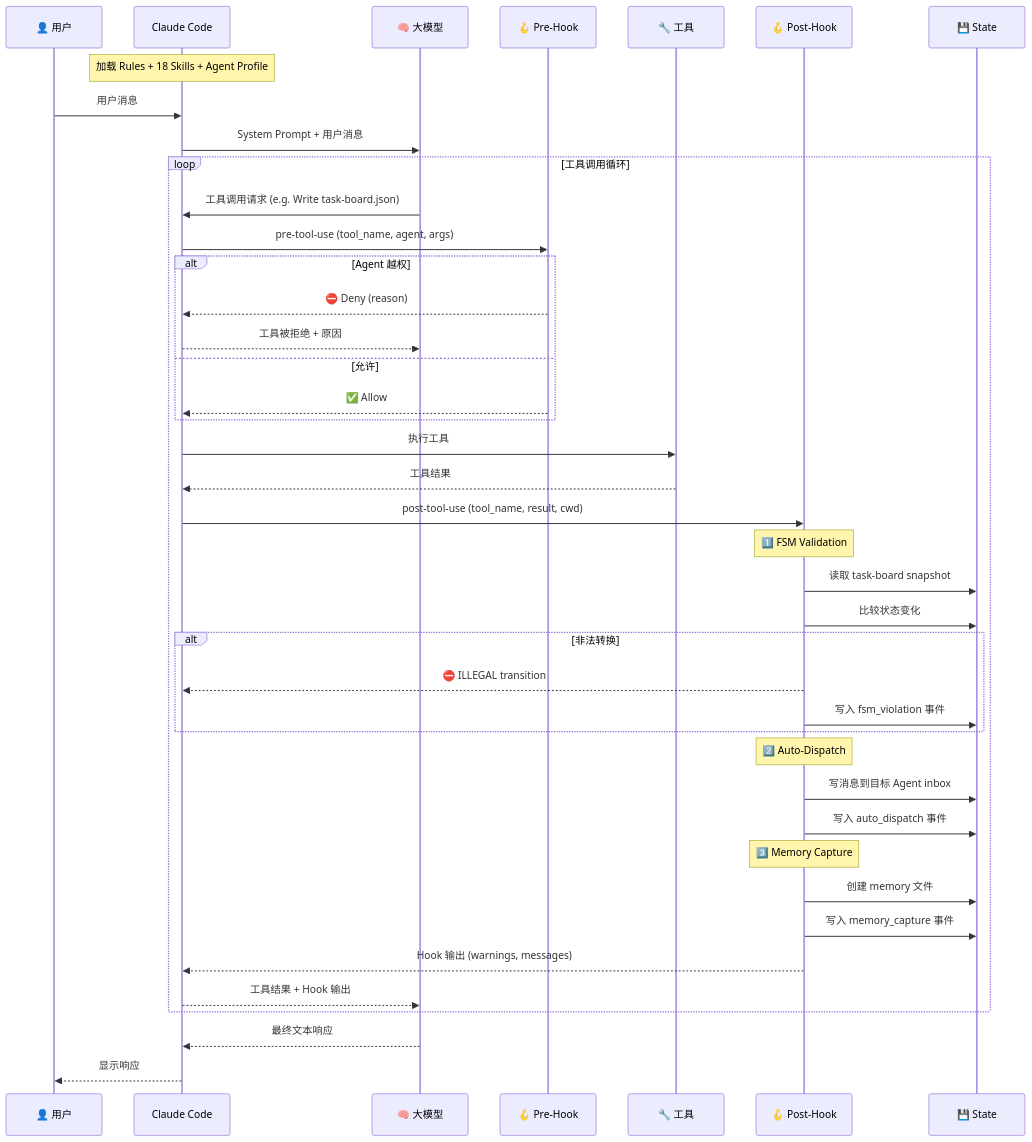
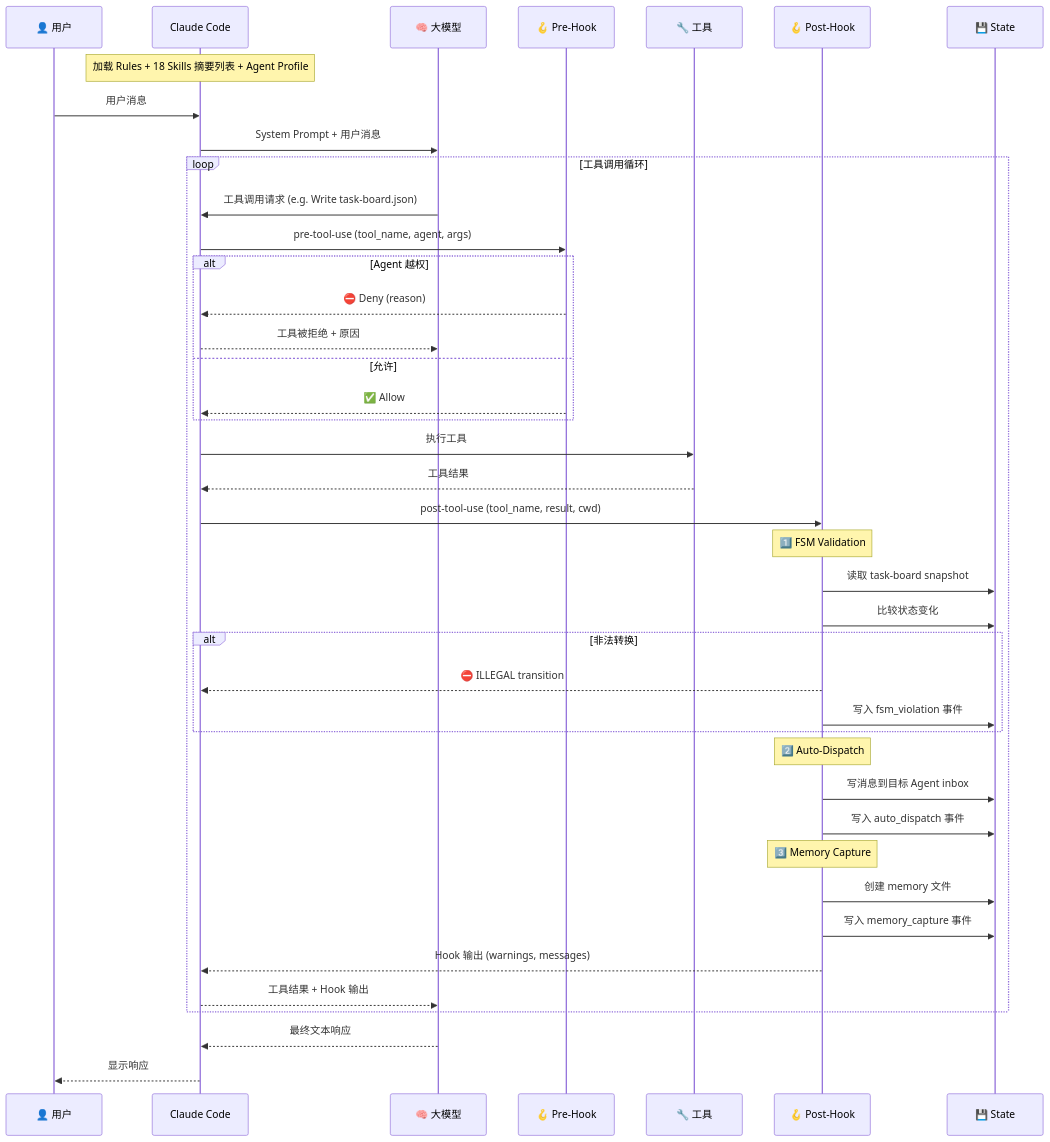
One commit to cintia09/multi-agent-framework changed the second of 4 diagrams in docs/claude-code-flow.md. Above: the diagram before and after it, drawn with Mermaid. The commit also changed other lines of this file and 3 other files, not shown here.

````diff
--- a/docs/claude-code-flow.md
+++ b/docs/claude-code-flow.md
@@ -111,54 +111,54 @@
 ```mermaid
 sequenceDiagram
     participant U as 👤 用户
     participant CC as Claude Code
     participant LLM as 🧠 大模型
     participant PRE as 🪝 Pre-Hook
     participant TOOL as 🔧 工具
     participant POST as 🪝 Post-Hook
     participant DB as 💾 State
 
-    Note over CC: 加载 Rules + 18 Skills + Agent Profile
+    Note over CC: 加载 Rules + 18 Skills 摘要列表 + Agent Profile
 
     U->>CC: 用户消息
     CC->>LLM: System Prompt + 用户消息
 
     loop 工具调用循环
         LLM->>CC: 工具调用请求 (e.g. Write task-board.json)
 
         CC->>PRE: pre-tool-use (tool_name, agent, args)
         alt Agent 越权
             PRE-->>CC: ⛔ Deny (reason)
             CC-->>LLM: 工具被拒绝 + 原因
         else 允许
             PRE-->>CC: ✅ Allow
         end
 
         CC->>TOOL: 执行工具
         TOOL-->>CC: 工具结果
 
         CC->>POST: post-tool-use (tool_name, result, cwd)
 
         Note over POST: 1️⃣ FSM Validation
         POST->>DB: 读取 task-board snapshot
         POST->>DB: 比较状态变化
         alt 非法转换
             POST-->>CC: ⛔ ILLEGAL transition
             POST->>DB: 写入 fsm_violation 事件
         end
 
         Note over POST: 2️⃣ Auto-Dispatch
         POST->>DB: 写消息到目标 Agent inbox
         POST->>DB: 写入 auto_dispatch 事件
 
         Note over POST: 3️⃣ Memory Capture
         POST->>DB: 创建 memory 文件
         POST->>DB: 写入 memory_capture 事件
 
         POST-->>CC: Hook 输出 (warnings, messages)
         CC-->>LLM: 工具结果 + Hook 输出
     end
 
     LLM-->>CC: 最终文本响应
     CC-->>U: 显示响应
 ```
````
